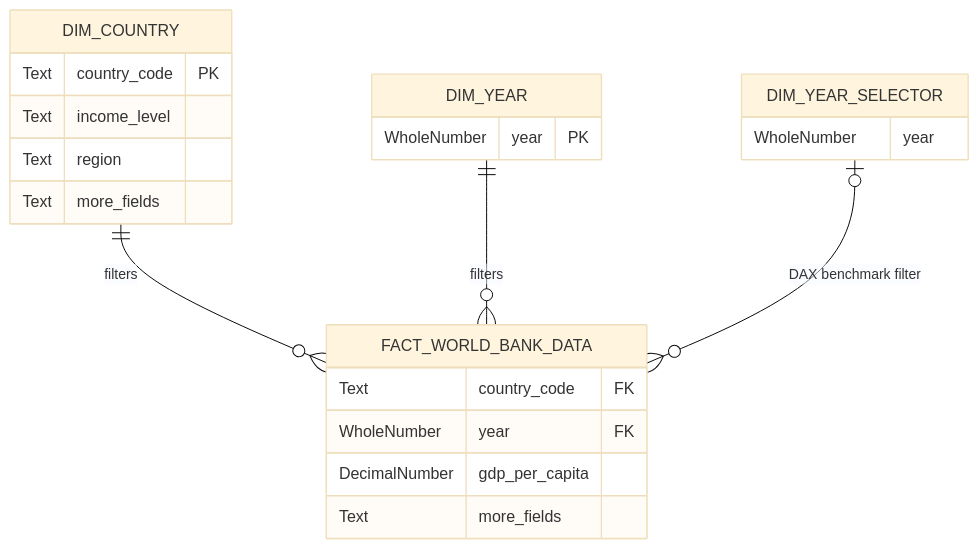
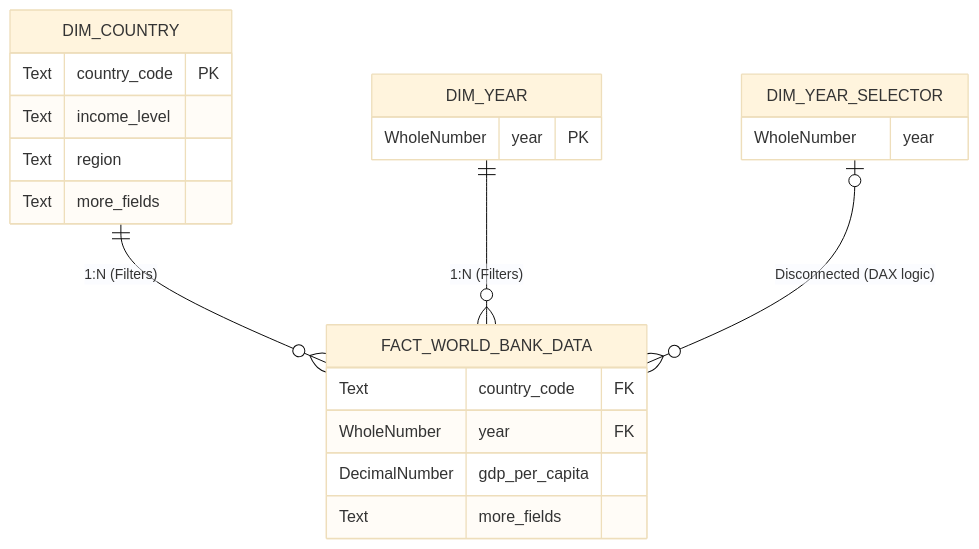
One commit to Yeisonfhh/worldbank-dashboard-project changed the diagram in README.md. Above: the diagram before and after it, drawn with Mermaid (base theme). The commit also changed other lines of this file, not shown here.

Commit message:
Fix: Corrected Mermaid diagram syntax and formatting

````diff
--- a/README.md
+++ b/README.md
@@ -63,28 +60,28 @@
 ```mermaid
 erDiagram
-    DIM_COUNTRY       ||--o{ FACT_WORLD_BANK_DATA : "filters"
-    DIM_YEAR          ||--o{ FACT_WORLD_BANK_DATA : "filters"
-    DIM_YEAR_SELECTOR  |o--o{ FACT_WORLD_BANK_DATA : "DAX benchmark filter"
- 
+    DIM_COUNTRY       ||--o{ FACT_WORLD_BANK_DATA : "1:N (Filters)"
+    DIM_YEAR          ||--o{ FACT_WORLD_BANK_DATA : "1:N (Filters)"
+    DIM_YEAR_SELECTOR  |o--o{ FACT_WORLD_BANK_DATA : "Disconnected (DAX logic)"
+
     DIM_COUNTRY {
         Text        country_code PK
         Text        income_level
         Text        region
         Text        more_fields
     }
- 
+
     DIM_YEAR {
         WholeNumber year PK
     }
- 
+
     FACT_WORLD_BANK_DATA {
         Text          country_code FK
         WholeNumber   year FK
         DecimalNumber gdp_per_capita
         Text          more_fields
     }
- 
+
     DIM_YEAR_SELECTOR {
         WholeNumber year
     }
 ```
````
